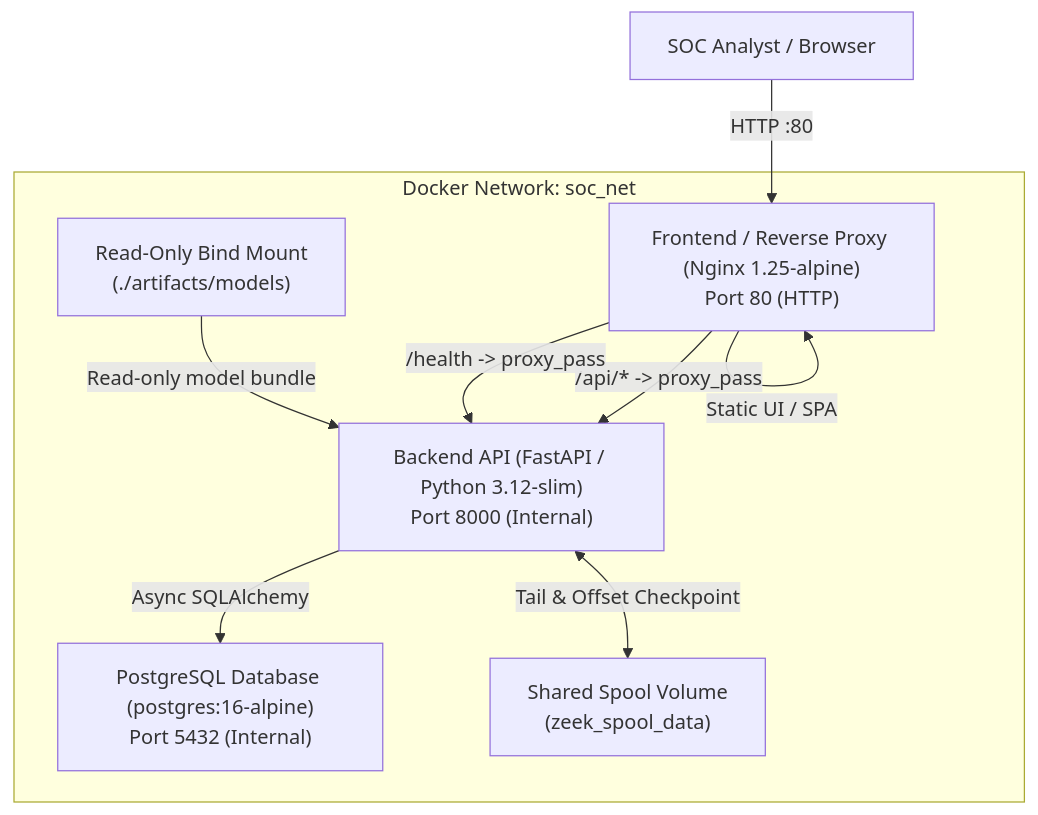
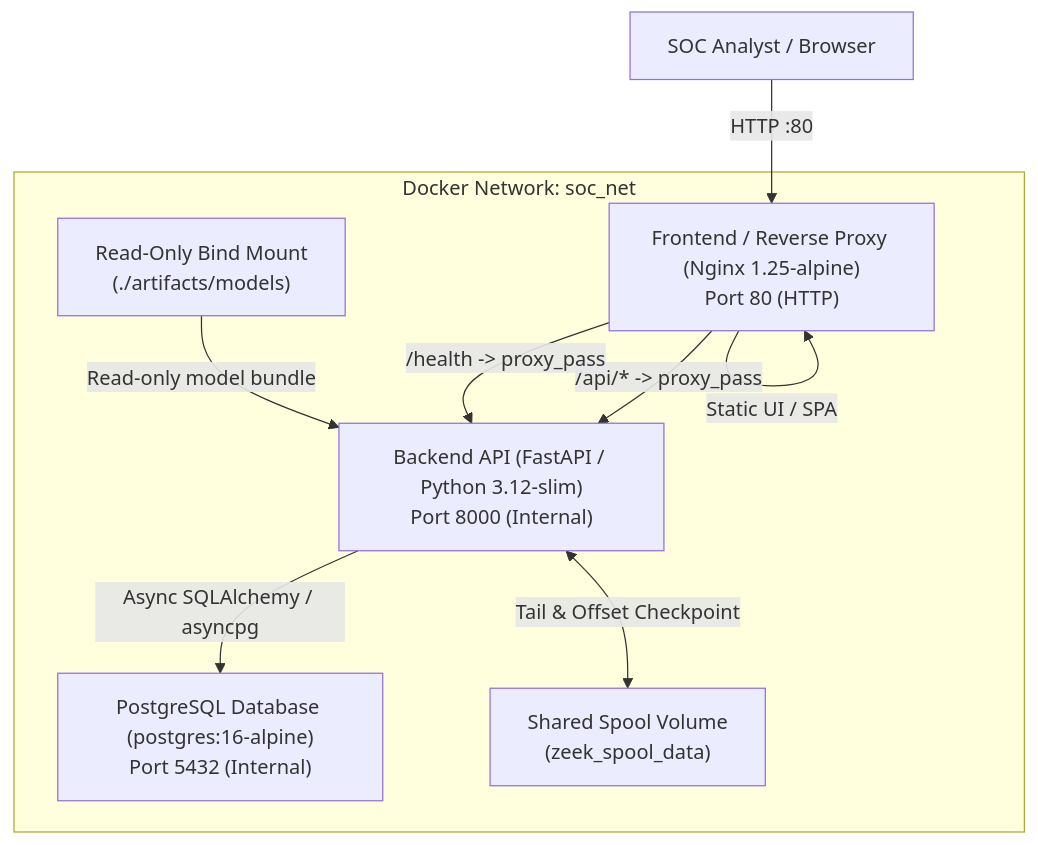
The diagram in docs/deployment_guide.md (alam-naushad/NetSentinel), drawn with Mermaid before and after one commit. The commit also changed other lines of this file and 9 other files, not shown here.

````diff
--- a/docs/deployment_guide.md
+++ b/docs/deployment_guide.md
@@ -11,18 +9,18 @@
 ```mermaid
 flowchart TD
     subgraph "Docker Network: soc_net"
         NGINX["Frontend / Reverse Proxy (Nginx 1.25-alpine)<br/>Port 80 (HTTP)"]
         API["Backend API (FastAPI / Python 3.12-slim)<br/>Port 8000 (Internal)"]
         PG["PostgreSQL Database (postgres:16-alpine)<br/>Port 5432 (Internal)"]
         SPOOL["Shared Spool Volume<br/>(zeek_spool_data)"]
         MODELS["Read-Only Bind Mount<br/>(./artifacts/models)"]
     end
 
     ANALYST["SOC Analyst / Browser"] -->|HTTP :80| NGINX
     NGINX -->|Static UI / SPA| NGINX
     NGINX -->|/api/* -> proxy_pass| API
     NGINX -->|/health -> proxy_pass| API
-    API -->|Async SQLAlchemy| PG
+    API -->|Async SQLAlchemy / asyncpg| PG
     API <-->|Tail & Offset Checkpoint| SPOOL
     MODELS -->|Read-only model bundle| API
 ```
````
